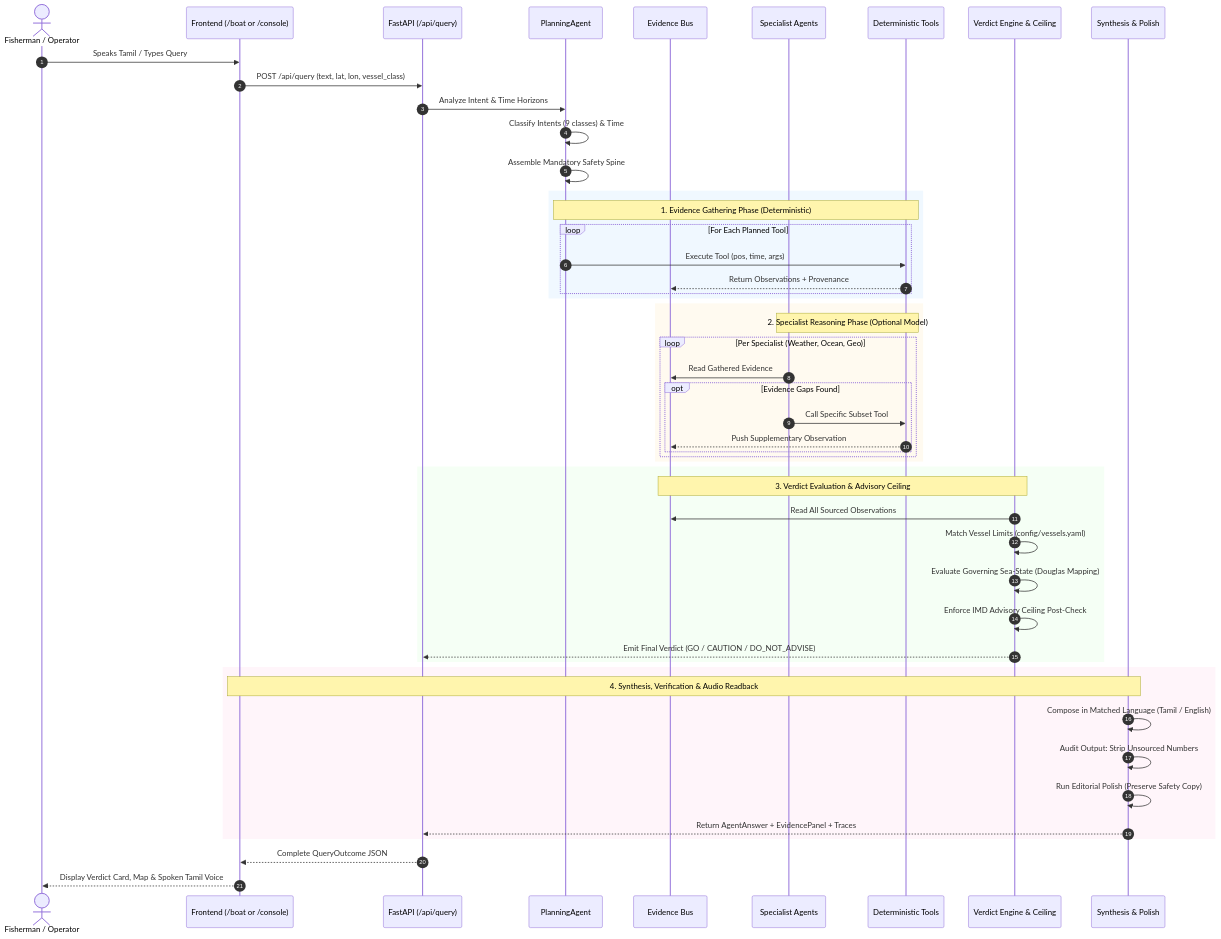
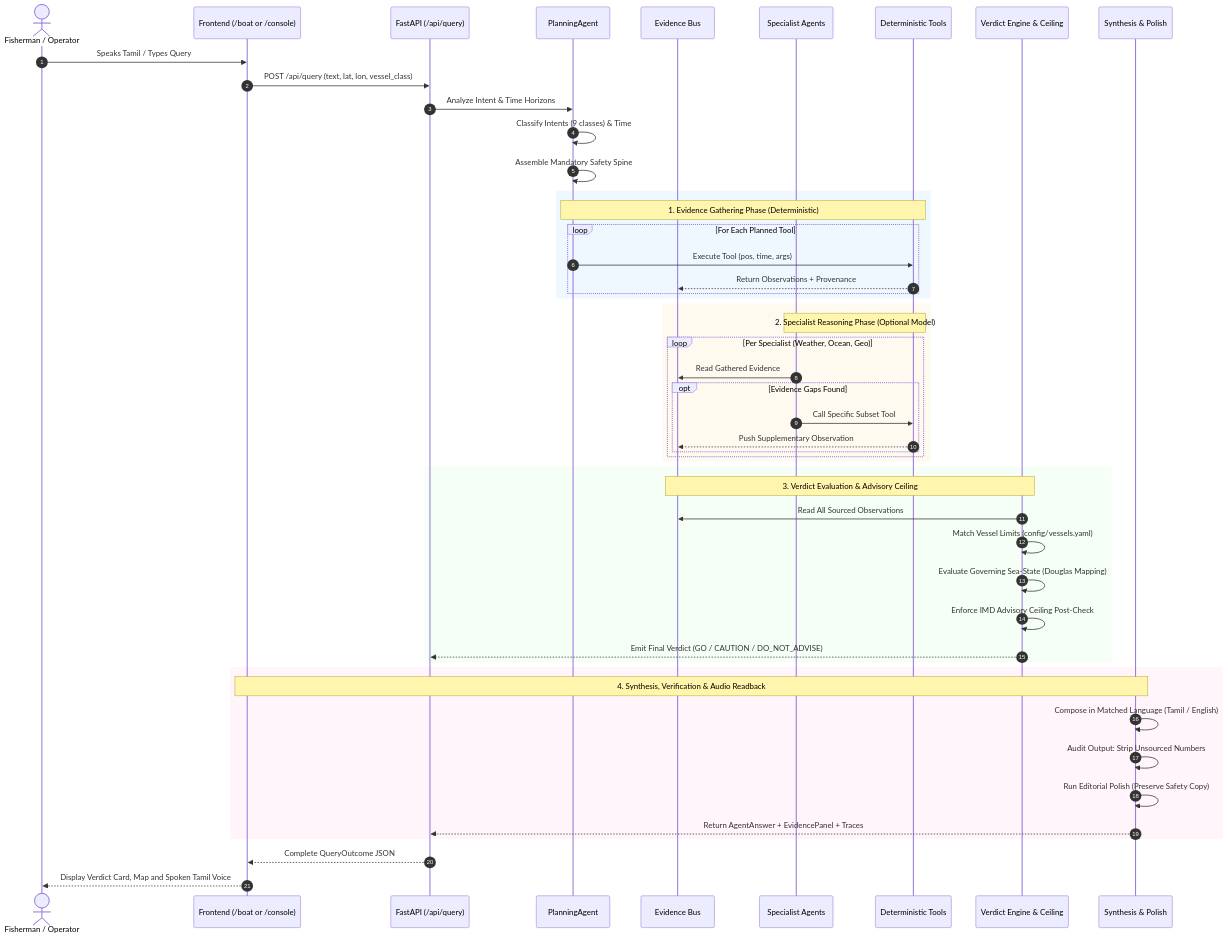
The second of 5 diagrams in README.md (AmishhYadav/ForeShore), drawn with Mermaid before and after one commit. The commit also changed other lines of this file, not shown here.

Commit message:
docs: refactor Mermaid diagrams in README to improve node formatting and consistency

````diff
--- a/README.md
+++ b/README.md
@@ -290,58 +291,58 @@
 ```mermaid
 sequenceDiagram
     autonumber
     actor User as Fisherman / Operator
     participant UI as Frontend (/boat or /console)
     participant API as FastAPI (/api/query)
     participant Planner as PlanningAgent
     participant Bus as Evidence Bus
     participant Spec as Specialist Agents
     participant Tools as Deterministic Tools
     participant Engine as Verdict Engine & Ceiling
     participant Syn as Synthesis & Polish
 
     User->>UI: Speaks Tamil / Types Query
     UI->>API: POST /api/query (text, lat, lon, vessel_class)
     API->>Planner: Analyze Intent & Time Horizons
     Planner->>Planner: Classify Intents (9 classes) & Time
     Planner->>Planner: Assemble Mandatory Safety Spine
     
     rect rgb(240, 248, 255)
         Note over Planner,Tools: 1. Evidence Gathering Phase (Deterministic)
         loop For Each Planned Tool
             Planner->>Tools: Execute Tool (pos, time, args)
             Tools-->>Bus: Return Observations + Provenance
         end
     end
 
     rect rgb(255, 250, 240)
         Note over Spec,Tools: 2. Specialist Reasoning Phase (Optional Model)
         loop Per Specialist (Weather, Ocean, Geo)
             Spec->>Bus: Read Gathered Evidence
             opt Evidence Gaps Found
                 Spec->>Tools: Call Specific Subset Tool
                 Tools-->>Bus: Push Supplementary Observation
             end
         end
     end
 
     rect rgb(245, 255, 245)
         Note over Engine,Bus: 3. Verdict Evaluation & Advisory Ceiling
         Engine->>Bus: Read All Sourced Observations
         Engine->>Engine: Match Vessel Limits (config/vessels.yaml)
         Engine->>Engine: Evaluate Governing Sea-State (Douglas Mapping)
         Engine->>Engine: Enforce IMD Advisory Ceiling Post-Check
         Engine-->>API: Emit Final Verdict (GO / CAUTION / DO_NOT_ADVISE)
     end
 
     rect rgb(255, 245, 250)
         Note over Syn,UI: 4. Synthesis, Verification & Audio Readback
         Syn->>Syn: Compose in Matched Language (Tamil / English)
         Syn->>Syn: Audit Output: Strip Unsourced Numbers
         Syn->>Syn: Run Editorial Polish (Preserve Safety Copy)
         Syn-->>API: Return AgentAnswer + EvidencePanel + Traces
     end
 
     API-->>UI: Complete QueryOutcome JSON
-    UI-->>User: Display Verdict Card, Map & Spoken Tamil Voice
+    UI-->>User: Display Verdict Card, Map and Spoken Tamil Voice
 ```
````
